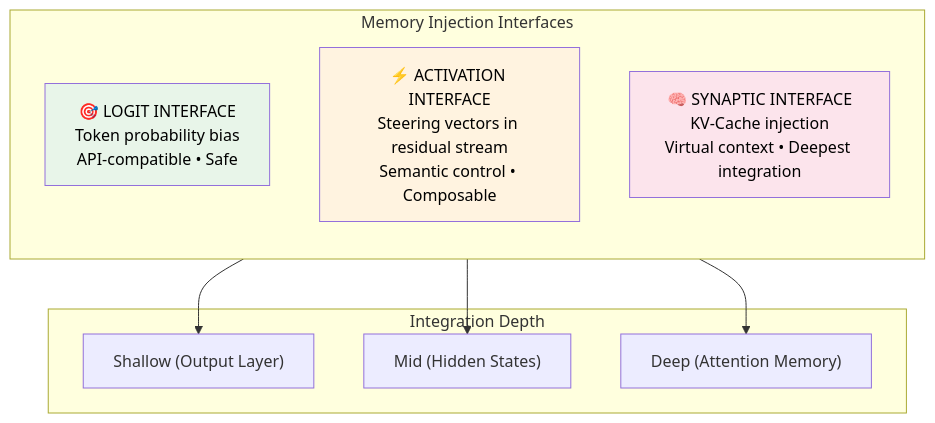
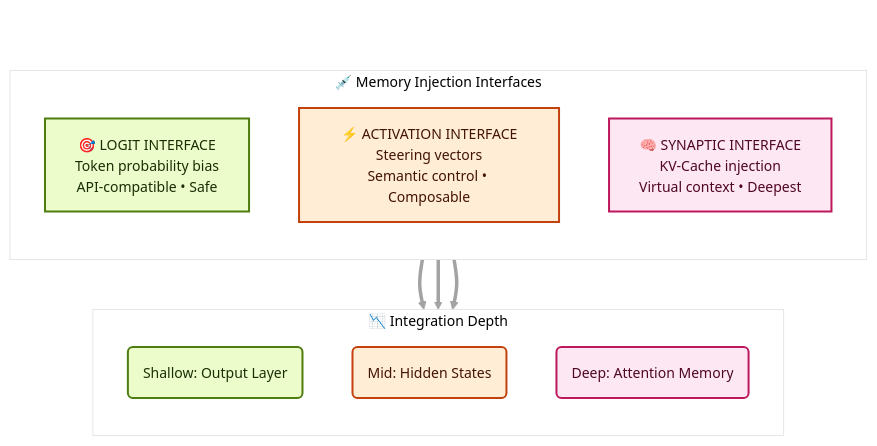
Before and after one commit to avinash-mall/CognitiveMemoryLayer: the tenth of 11 diagrams in README.md, drawn with Mermaid. The commit also changed other lines of this file, not shown here.

Commit message:
Refactor README.md with updated mermaid diagrams

````diff
--- a/README.md
+++ b/README.md
@@ -691,23 +1081,54 @@
 ```mermaid
-flowchart TB
-    subgraph Interfaces["Memory Injection Interfaces"]
+%%{
+  init: {
+    'theme': 'base',
+    'themeVariables': {
+      'primaryColor': '#FAFAFA',
+      'primaryTextColor': '#262626',
+      'primaryBorderColor': '#525252',
+      'lineColor': '#a3a3a3',
+      'tertiaryColor': '#ffffff',
+      'fontSize': '14px'
+    }
+  }
+}%%
+flowchart TD
+    %% --- Style Definitions --- %%
+    classDef shallow fill:#ecfccb,stroke:#4d7c0f,stroke-width:2px,color:#1a2e05;
+    classDef mid fill:#ffedd5,stroke:#c2410c,stroke-width:2px,color:#431407;
+    classDef deep fill:#fce7f3,stroke:#be185d,stroke-width:2px,color:#500724;
+    classDef hidden fill:none,stroke:none,color:#fff,width:0px,height:0px;
+
+    %% 1. Spacer for Gap
+    Spacer("&nbsp;"):::hidden
+
+    %% 2. Interfaces Group
+    subgraph Interfaces ["💉 Memory Injection Interfaces"]
         direction TB
-        logit["🎯 LOGIT INTERFACE<br/>Token probability bias<br/>API-compatible • Safe"]
-        activation["⚡ ACTIVATION INTERFACE<br/>Steering vectors in residual stream<br/>Semantic control • Composable"]
-        synaptic["🧠 SYNAPTIC INTERFACE<br/>KV-Cache injection<br/>Virtual context • Deepest integration"]
+        
+        Logit["🎯 LOGIT INTERFACE<br/>Token probability bias<br/>API-compatible • Safe"]:::shallow
+        
+        Activation["⚡ ACTIVATION INTERFACE<br/>Steering vectors<br/>Semantic control • Composable"]:::mid
+        
+        Synaptic["🧠 SYNAPTIC INTERFACE<br/>KV-Cache injection<br/>Virtual context • Deepest"]:::deep
     end
-  
-    subgraph Depth["Integration Depth"]
-        shallow["Shallow (Output Layer)"]
-        mid["Mid (Hidden States)"]
-        deep["Deep (Attention Memory)"]
+
+    %% 3. Depth Group
+    subgraph Depth ["📉 Integration Depth"]
+        direction TB
+        
+        L1(Shallow: Output Layer):::shallow
+        L2(Mid: Hidden States):::mid
+        L3(Deep: Attention Memory):::deep
     end
-  
-    logit --> shallow
-    activation --> mid
-    synaptic --> deep
-  
-    style logit fill:#e8f5e9,color:#000
-    style activation fill:#fff3e0,color:#000
-    style synaptic fill:#fce4ec,color:#000
+
+    %% --- Wiring ---
+    Spacer --- Logit
+    
+    Logit ==> L1
+    Activation ==> L2
+    Synaptic ==> L3
+
+    %% Hide the spacer link
+    linkStyle 0 stroke-width:0px,fill:none;
 ```
````
